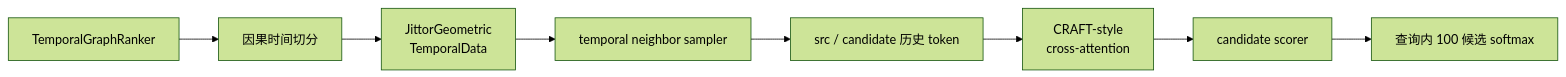
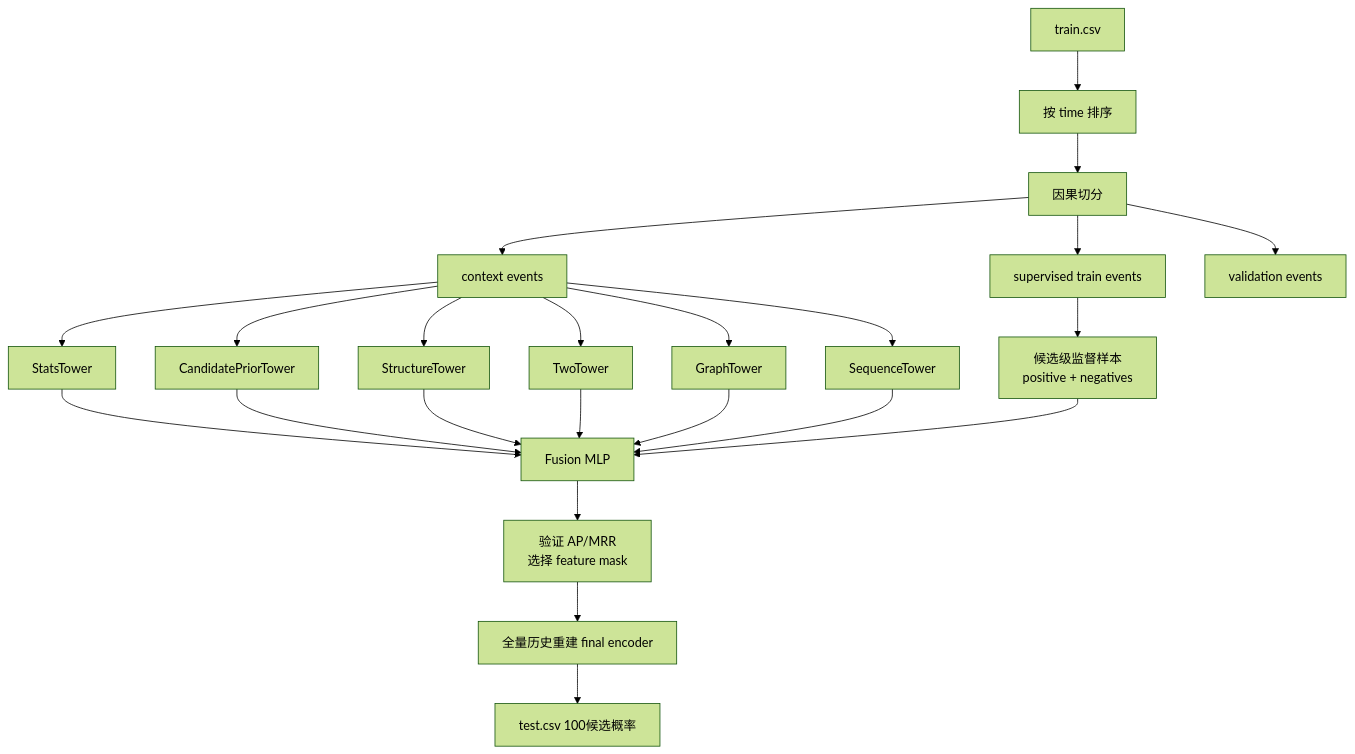
The diagram in docs/system/modeling.md (Puiching-Memory/jittor-GPNUT1-JGRec), drawn with Mermaid (forest theme) before and after one commit. The commit also changed other lines of this file and 40 other files, not shown here.

````diff
--- a/docs/system/modeling.md
+++ b/docs/system/modeling.md
@@ -7,10 +30,27 @@
 ```mermaid
-flowchart LR
-    A["TemporalGraphRanker"] --> B["因果时间切分"]
-    B --> C["JittorGeometric<br/>TemporalData"]
-    C --> D["temporal neighbor sampler"]
-    D --> E["src / candidate 历史 token"]
-    E --> F["CRAFT-style<br/>cross-attention"]
-    F --> G["candidate scorer"]
-    G --> H["查询内 100 候选 softmax"]
+flowchart TB
+    A["train.csv"] --> B["按 time 排序"]
+    B --> C["因果切分"]
+    C --> D["context events"]
+    C --> E["supervised train events"]
+    C --> F["validation events"]
+
+    D --> S["StatsTower"]
+    D --> P["CandidatePriorTower"]
+    D --> R["StructureTower"]
+    D --> T["TwoTower"]
+    D --> G["GraphTower"]
+    D --> Q["SequenceTower"]
+
+    E --> X["候选级监督样本<br/>positive + negatives"]
+    S --> M["Fusion MLP"]
+    P --> M
+    R --> M
+    T --> M
+    G --> M
+    Q --> M
+    X --> M
+    M --> V["验证 AP/MRR<br/>选择 feature mask"]
+    V --> Z["全量历史重建 final encoder"]
+    Z --> O["test.csv 100候选概率"]
 ```
````
